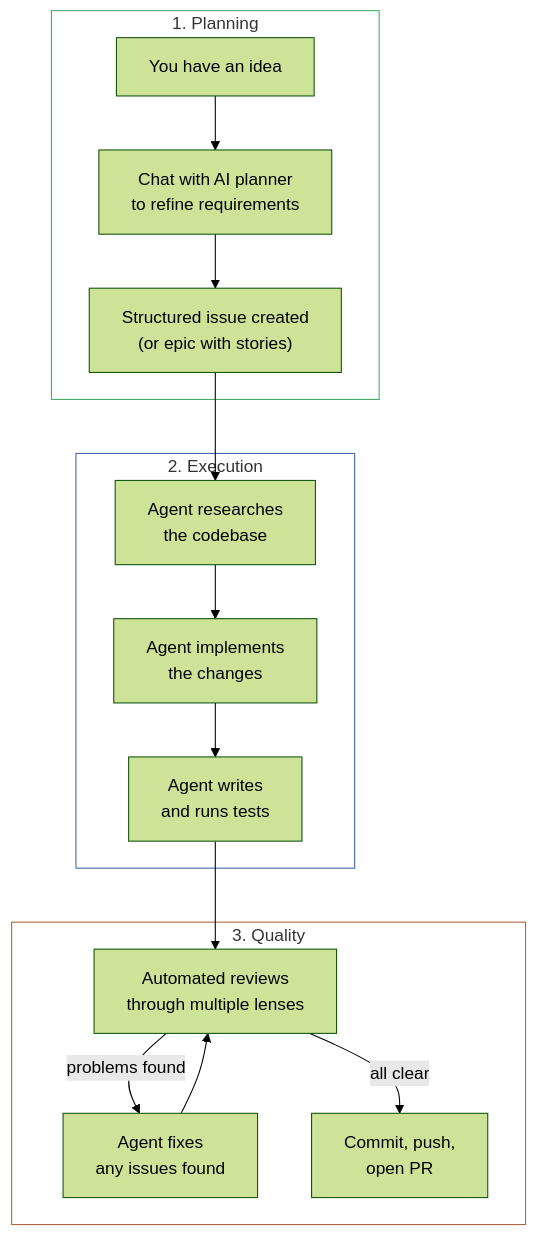
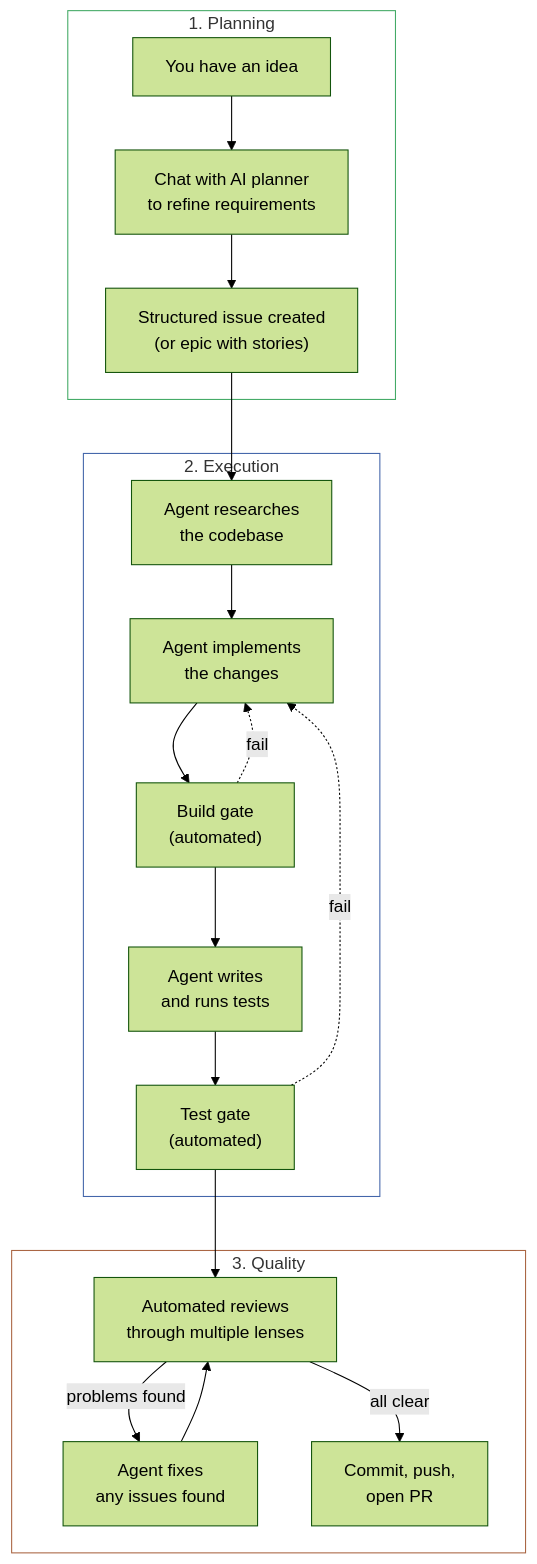
Before and after one commit to reffdev/auto-swe: the second of 7 diagrams in docs/architecture/00-how-it-works.md, drawn with Mermaid (forest theme). The commit also changed other lines of this file and 7 other files, not shown here.

````diff
--- a/docs/architecture/00-how-it-works.md
+++ b/docs/architecture/00-how-it-works.md
@@ -26,31 +26,35 @@
 ```mermaid
 graph TD
     subgraph Phase1["1. Planning"]
         Idea["You have an idea"]
         Chat["Chat with AI planner\nto refine requirements"]
         Issue["Structured issue created\n(or epic with stories)"]
         Idea --> Chat --> Issue
     end
 
     subgraph Phase2["2. Execution"]
         Research["Agent researches\nthe codebase"]
         Build["Agent implements\nthe changes"]
+        BuildCheck["Build gate\n(automated)"]
         Test["Agent writes\nand runs tests"]
-        Research --> Build --> Test
+        TestCheck["Test gate\n(automated)"]
+        Research --> Build --> BuildCheck --> Test --> TestCheck
+        BuildCheck -.->|"fail"| Build
+        TestCheck -.->|"fail"| Build
     end
 
     subgraph Phase3["3. Quality"]
         Review["Automated reviews\nthrough multiple lenses"]
         Fix["Agent fixes\nany issues found"]
         Review -->|"problems found"| Fix --> Review
         Review -->|"all clear"| Ship
         Ship["Commit, push,\nopen PR"]
     end
 
     Issue --> Research
-    Test --> Review
+    TestCheck --> Review
 
     style Phase1 fill:none,stroke:#4a6
     style Phase2 fill:none,stroke:#46a
     style Phase3 fill:none,stroke:#a64
 ```
````
